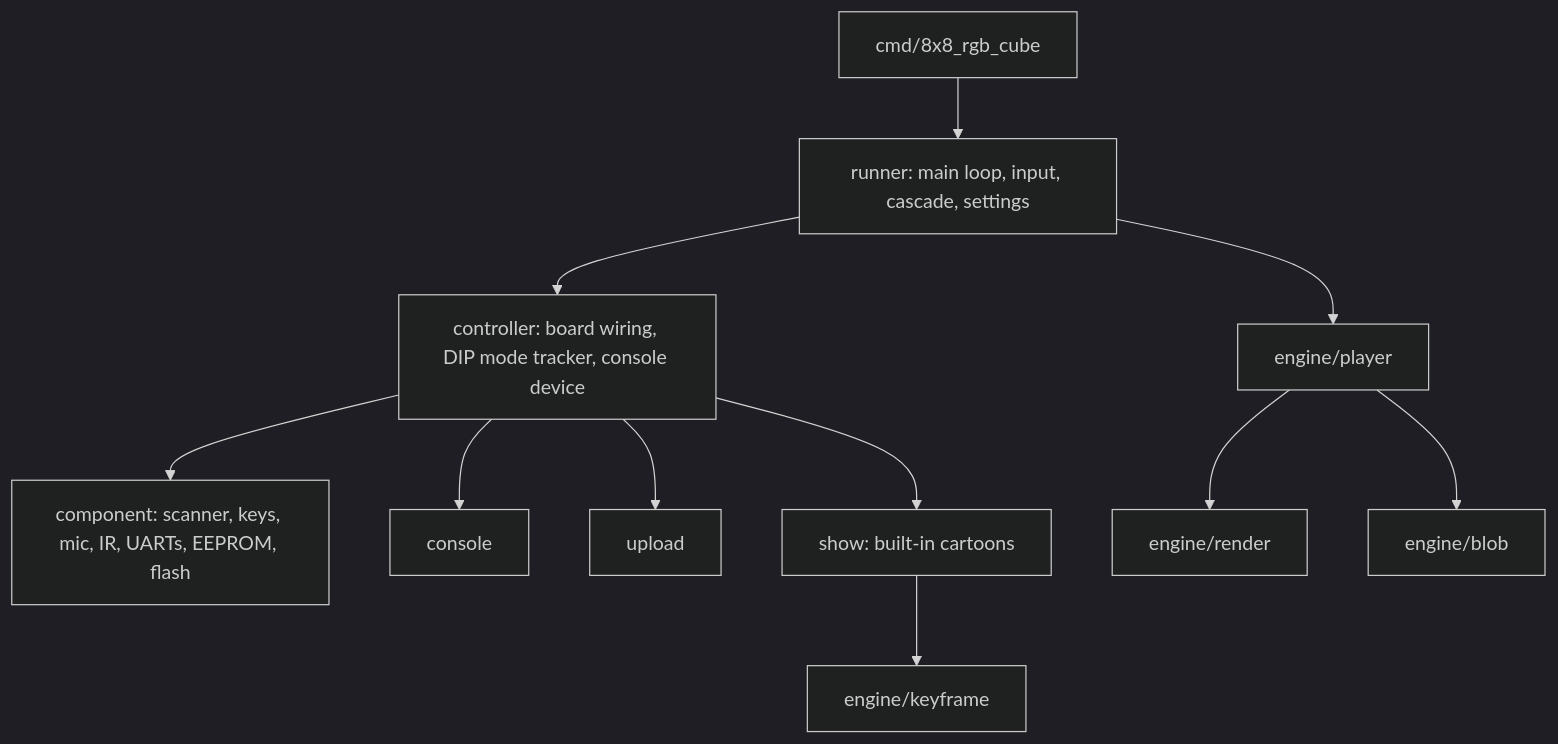
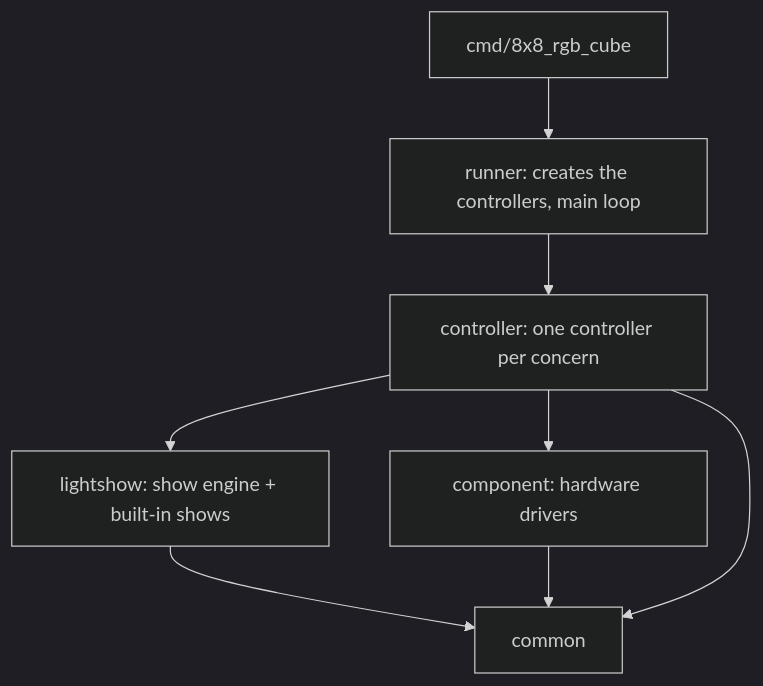
The diagram in docs/documentation/firmware.md (Tariomka/stm32-led-cube), drawn with Mermaid (dark theme) before and after one commit. The commit also changed other lines of this file and 101 other files, not shown here.

````diff
--- a/docs/documentation/firmware.md
+++ b/docs/documentation/firmware.md
@@ -7,14 +9,10 @@
 ```mermaid
 flowchart TD
     main[cmd/8x8_rgb_cube] --> runner
-    runner[runner: main loop, input, cascade, settings] --> controller
-    runner --> player[engine/player]
-    controller[controller: board wiring, DIP mode tracker, console device] --> component
-    controller --> console
-    controller --> upload
-    component[component: scanner, keys, mic, IR, UARTs, EEPROM, flash]
-    player --> render[engine/render]
-    player --> blob[engine/blob]
-    show[show: built-in cartoons] --> keyframe[engine/keyframe]
-    controller --> show
+    runner[runner: creates the controllers, main loop] --> controller
+    controller[controller: one controller per concern] --> lightshow
+    controller --> component
+    lightshow[lightshow: show engine + built-in shows] --> common
+    component[component: hardware drivers] --> common
+    controller --> common
 ```
````
